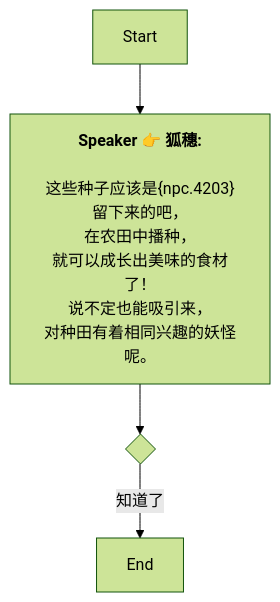
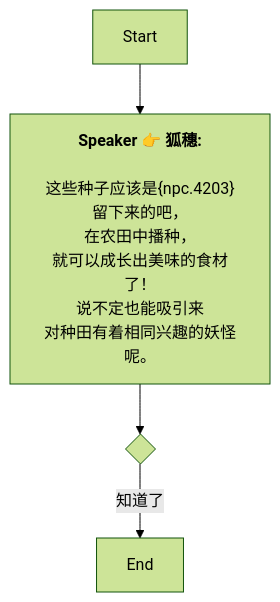
The diagram in Zh/QuestStartTalkENode_1750222871049510.md (SoftHu/tos_avg), drawn with Mermaid (forest theme) before and after one commit. The commit also changed 199 other files, not shown here.

````diff
--- a/Zh/QuestStartTalkENode_1750222871049510.md
+++ b/Zh/QuestStartTalkENode_1750222871049510.md
@@ -1,13 +1,13 @@
 ```mermaid
 graph
 Start -->1750223292097833[<b>Speaker 👉 狐穗:</b>
 
 这些种子应该是&lbrace;npc.4203&rbrace;留下来的吧，
 在农田中播种，
 就可以成长出美味的食材了！
-说不定也能吸引来，
+说不定也能吸引来
 对种田有着相同兴趣的妖怪呢。]
 1750223292097833 -->1750223577634091{ }
 1750223577634091 -->|知道了|1750223591105838[End]
 
  ```
````
